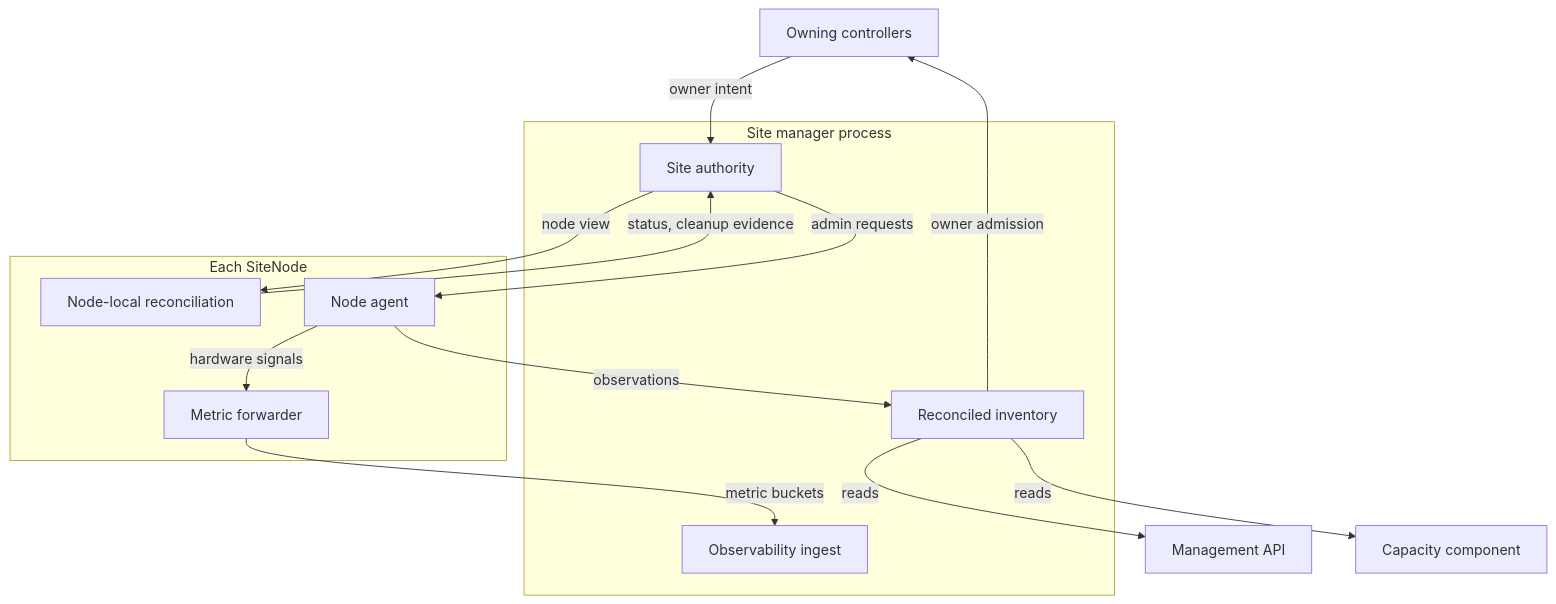
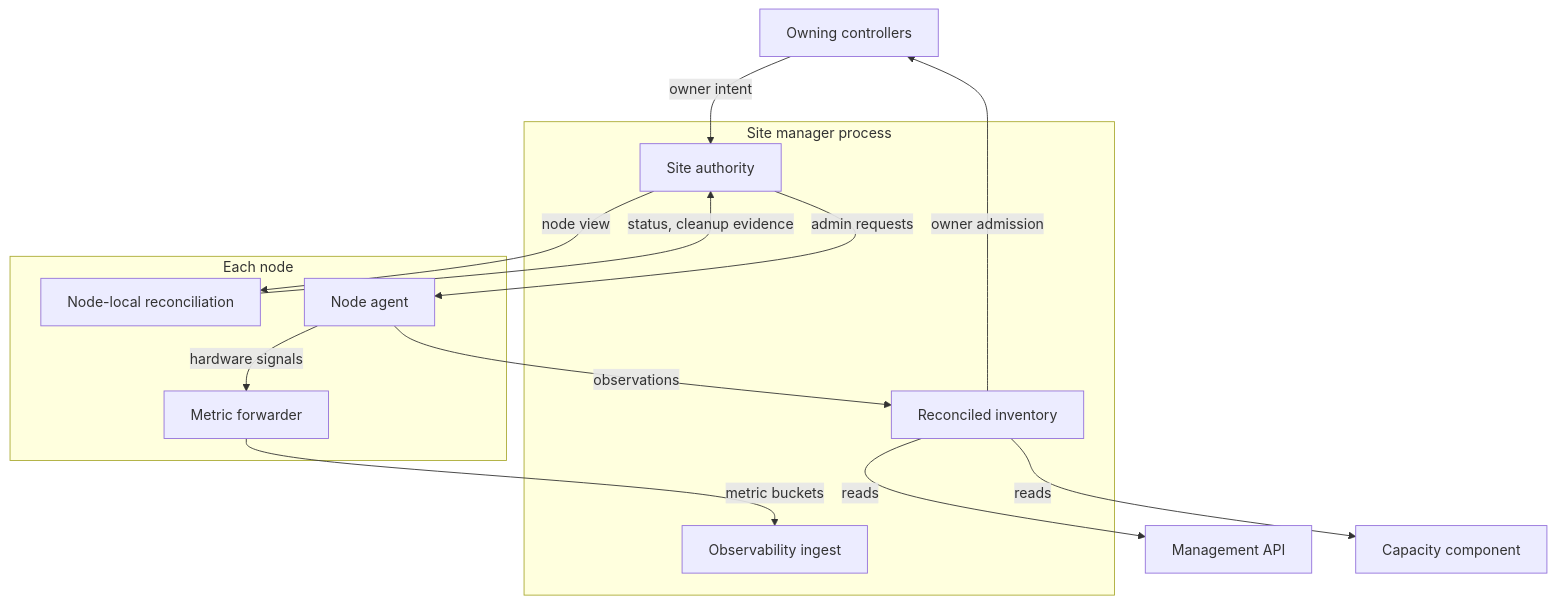
Before and after one commit to dotcoreai/dotcore: the first of 4 diagrams in docs/specs/sites.md, drawn with Mermaid. The commit also changed other lines of this file and 3 other files, not shown here.

````diff
--- a/docs/specs/sites.md
+++ b/docs/specs/sites.md
@@ -19,26 +20,26 @@
 ```mermaid
 flowchart TB
   CTRL["Owning controllers"]
   API["Management API"]
   CAP["Capacity component"]
   subgraph Manager["Site manager process"]
     AUTH["Site authority"]
     INV["Reconciled inventory"]
     ING["Observability ingest"]
   end
-  subgraph Node["Each SiteNode"]
+  subgraph Node["Each node"]
     REC["Node-local reconciliation"]
     NA["Node agent"]
     FW["Metric forwarder"]
   end
   CTRL -->|"owner intent"| AUTH
   AUTH -->|"node view"| REC
   REC -->|"status, cleanup evidence"| AUTH
   AUTH -->|"admin requests"| NA
   NA -->|"observations"| INV
   NA -->|"hardware signals"| FW
   FW -->|"metric buckets"| ING
   INV -->|"owner admission"| CTRL
   INV -->|"reads"| API
   INV -->|"reads"| CAP
 ```
````
